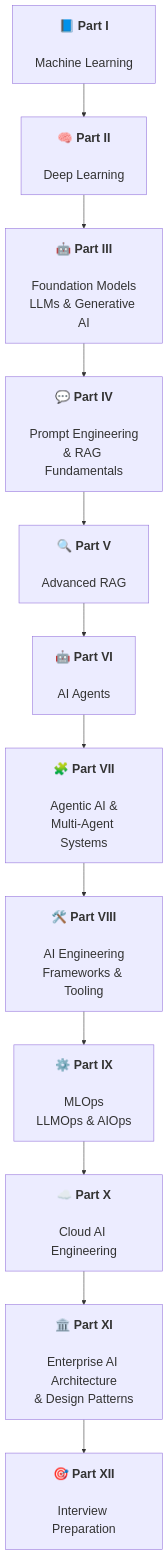
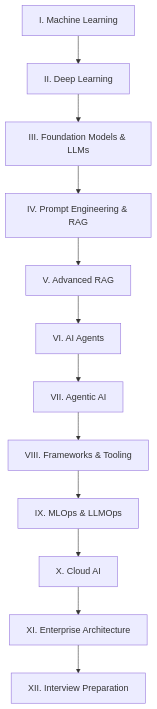
One commit to MihirKJha/enterprise-ai-engineering-handbook changed the diagram in docs/index.md. Above: the diagram before and after it, drawn with Mermaid. The commit also changed other lines of this file, not shown here.

````diff
--- a/docs/index.md
+++ b/docs/index.md
@@ -682,50 +163,14 @@
 ```mermaid
-%%{init: {
-  "flowchart": {
-    "nodeSpacing": 40,
-    "rankSpacing": 60,
-    "padding": 20
-  },
-  "themeVariables": {
-    "fontSize": "22px"
-  }
-}}%%
-
 flowchart TD
-
-ML["📘 <b>Part I</b><br/><br/>Machine Learning"]
-
-DL["🧠 <b>Part II</b><br/><br/>Deep Learning"]
-
-FM["🤖 <b>Part III</b><br/><br/>Foundation Models<br/>LLMs & Generative AI"]
-
-PR["💬 <b>Part IV</b><br/><br/>Prompt Engineering<br/>& RAG Fundamentals"]
-
-AR["🔍 <b>Part V</b><br/><br/>Advanced RAG"]
-
-AG["🤖 <b>Part VI</b><br/><br/>AI Agents"]
-
-AA["🧩 <b>Part VII</b><br/><br/>Agentic AI &<br/>Multi-Agent Systems"]
-
-FW["🛠️ <b>Part VIII</b><br/><br/>AI Engineering<br/>Frameworks & Tooling"]
-
-OPS["⚙️ <b>Part IX</b><br/><br/>MLOps<br/>LLMOps & AIOps"]
-
-CA["☁️ <b>Part X</b><br/><br/>Cloud AI Engineering"]
-
-EA["🏛️ <b>Part XI</b><br/><br/>Enterprise AI Architecture<br/>& Design Patterns"]
-
-INT["🎯 <b>Part XII</b><br/><br/>Interview Preparation"]
-
-ML --> DL
-DL --> FM
-FM --> PR
-PR --> AR
-AR --> AG
-AG --> AA
-AA --> FW
-FW --> OPS
-OPS --> CA
-CA --> EA
-EA --> INT
+    A["I. Machine Learning"] --> B["II. Deep Learning"]
+    B --> C["III. Foundation Models & LLMs"]
+    C --> D["IV. Prompt Engineering & RAG"]
+    D --> E["V. Advanced RAG"]
+    E --> F["VI. AI Agents"]
+    F --> G["VII. Agentic AI"]
+    G --> H["VIII. Frameworks & Tooling"]
+    H --> I["IX. MLOps & LLMOps"]
+    I --> J["X. Cloud AI"]
+    J --> K["XI. Enterprise Architecture"]
+    K --> L["XII. Interview Preparation"]
 ```
````
